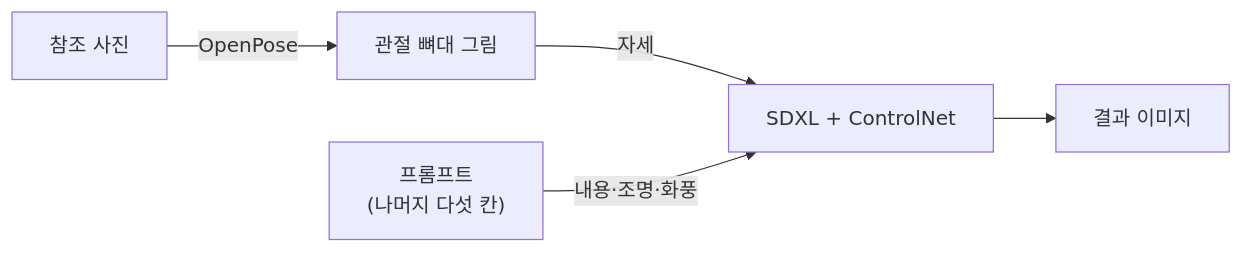
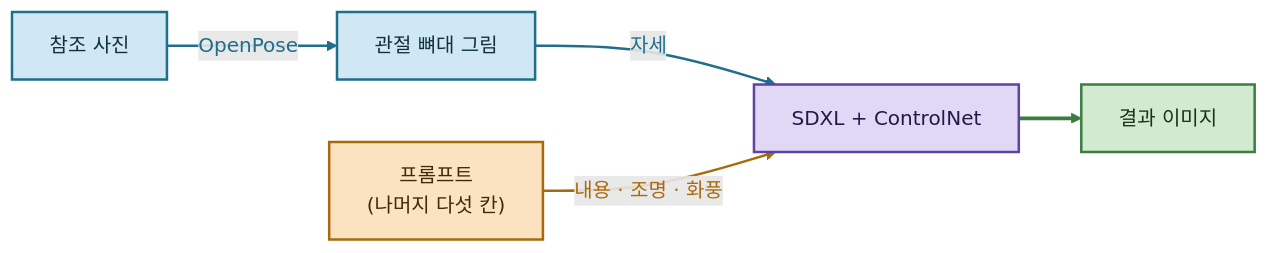
Before and after one commit to rome777/pose-image-tool: the diagram in README.md, drawn with Mermaid. The commit also changed other lines of this file and 1 other file, not shown here.

Commit message:
다이어그램 색 입히기, Colab에서 바로 보이도록 mermaid.ink 렌더링 사용

````diff
--- a/README.md
+++ b/README.md
@@ -14,7 +14,21 @@
 ```mermaid
 flowchart LR
     ref["참조 사진"] -- OpenPose --> skel["관절 뼈대 그림"]
-    skel -- 자세 --> gen["SDXL + ControlNet"]
-    prompt["프롬프트<br/>(나머지 다섯 칸)"] -- 내용·조명·화풍 --> gen
+    skel -- "자세" --> gen["SDXL + ControlNet"]
+    prompt["프롬프트<br/>(나머지 다섯 칸)"] -- "내용 · 조명 · 화풍" --> gen
     gen --> out["결과 이미지"]
+
+    classDef pose   fill:#cfe8f3,stroke:#1f6f8b,stroke-width:2px,color:#10323d
+    classDef text   fill:#fbe3c2,stroke:#a86a0c,stroke-width:2px,color:#432a04
+    classDef engine fill:#e0d8f5,stroke:#5c43a8,stroke-width:2px,color:#241a47
+    classDef result fill:#d2ead0,stroke:#3a7d40,stroke-width:2px,color:#17331a
+
+    class ref,skel pose
+    class prompt text
+    class gen engine
+    class out result
+
+    linkStyle 0,1 stroke:#1f6f8b,stroke-width:2px,color:#1f6f8b
+    linkStyle 2   stroke:#a86a0c,stroke-width:2px,color:#a86a0c
+    linkStyle 3   stroke:#3a7d40,stroke-width:3px,color:#3a7d40
 ```
````
